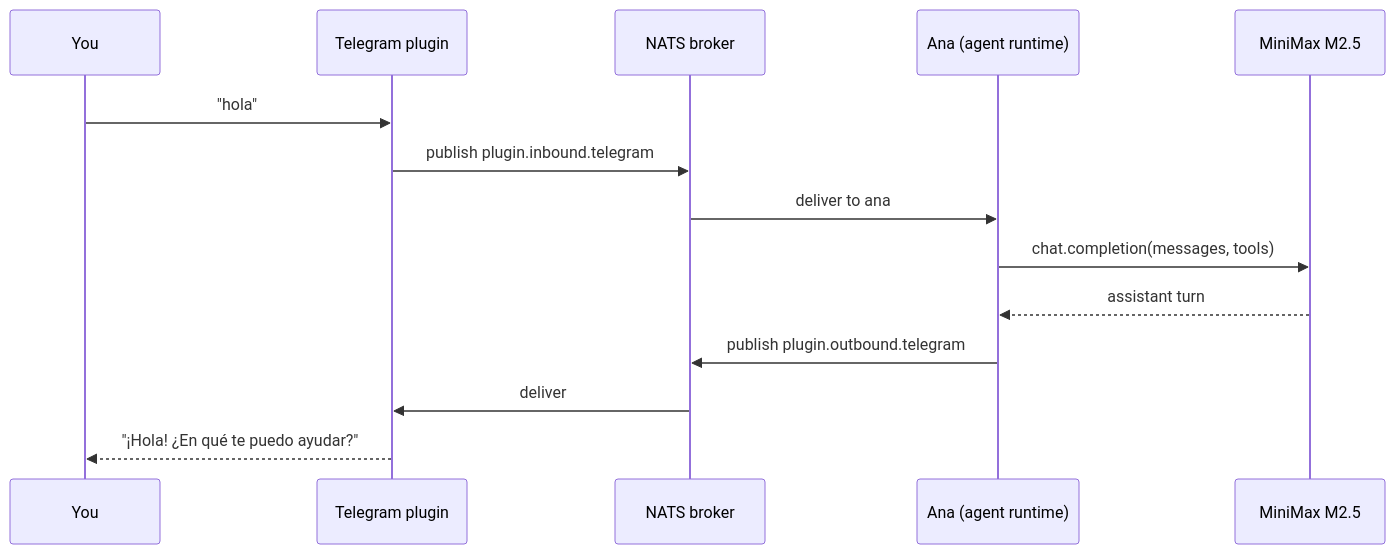
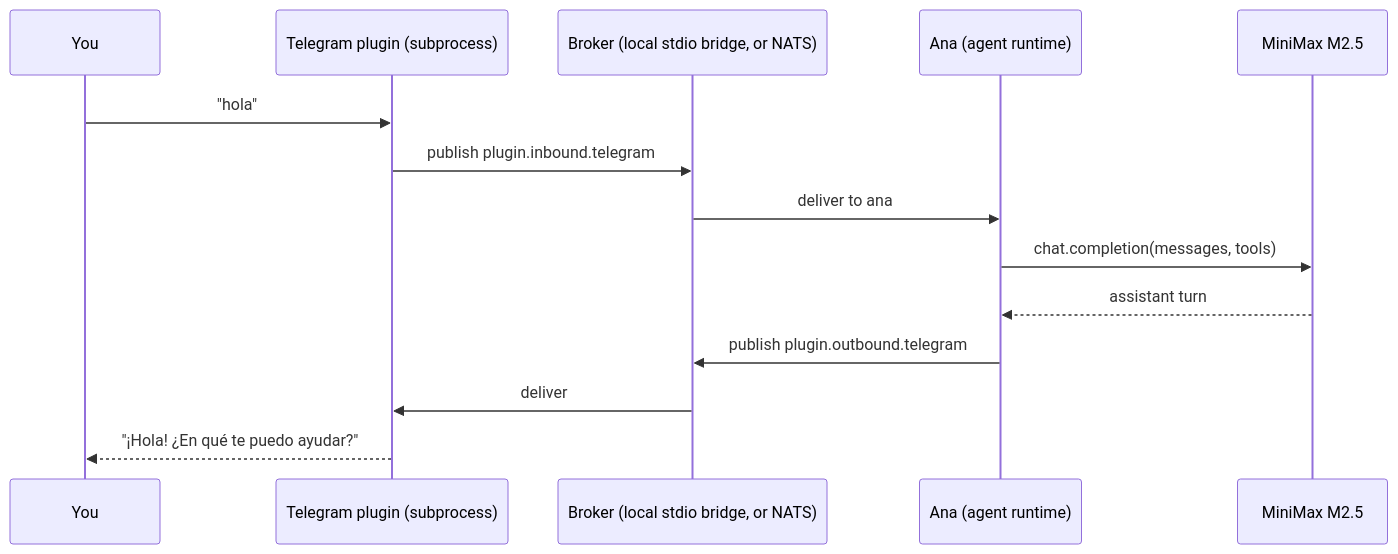
One commit to lordmacu/nexo-rs changed the diagram in docs/src/getting-started/quickstart.md. Above: the diagram before and after it, drawn with Mermaid. The commit also changed other lines of this file and 1 other file, not shown here.

First line of the commit message:
docs(quickstart): fix the agent-YAML schema, add the plugin-install step, refresh boot output

````diff
--- a/docs/src/getting-started/quickstart.md
+++ b/docs/src/getting-started/quickstart.md
@@ -213,17 +222,17 @@
 ```mermaid
 sequenceDiagram
     participant U as You
-    participant CH as Telegram plugin
-    participant B as NATS broker
+    participant CH as Telegram plugin (subprocess)
+    participant B as Broker (local stdio bridge, or NATS)
     participant A as Ana (agent runtime)
     participant L as MiniMax M2.5
 
     U->>CH: "hola"
     CH->>B: publish plugin.inbound.telegram
     B->>A: deliver to ana
     A->>L: chat.completion(messages, tools)
     L-->>A: assistant turn
     A->>B: publish plugin.outbound.telegram
     B->>CH: deliver
     CH-->>U: "¡Hola! ¿En qué te puedo ayudar?"
 ```
````
